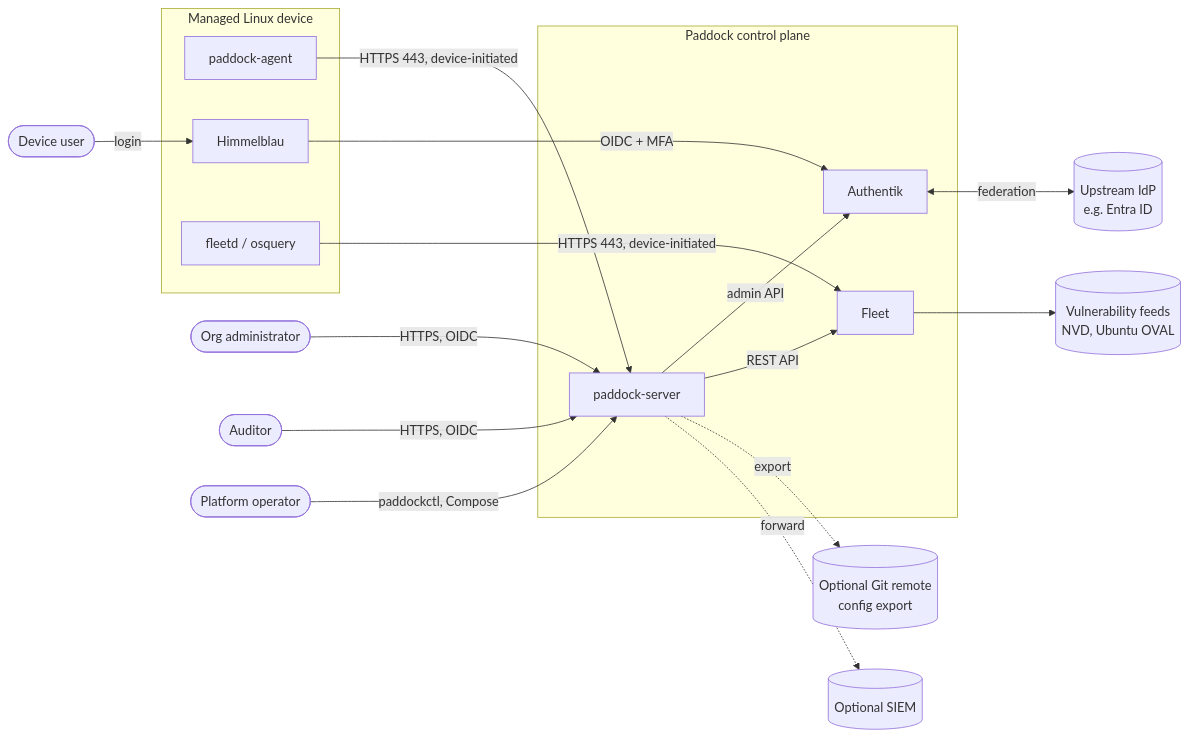
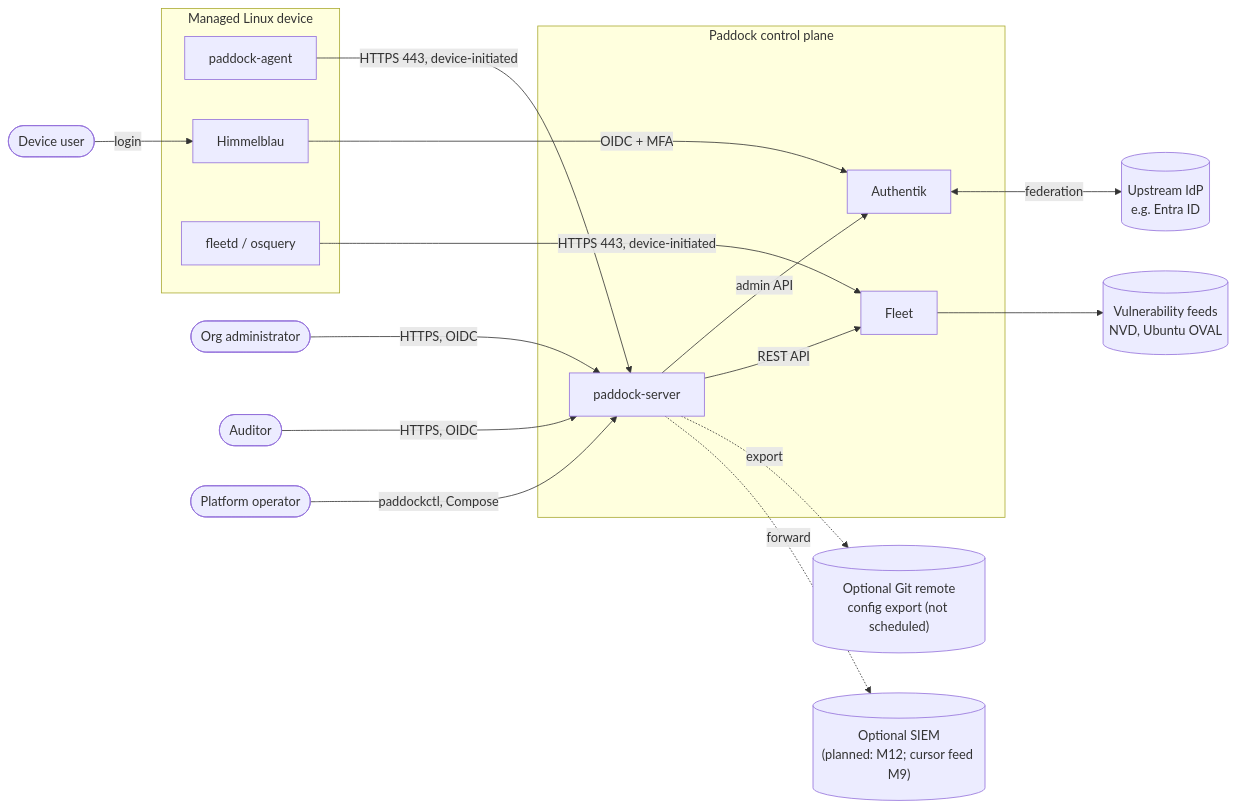
The first of 19 diagrams in docs/architecture.md (phischl/paddock-mdm), drawn with Mermaid before and after one commit. The commit also changed other lines of this file and 5 other files, not shown here.

````diff
--- a/docs/architecture.md
+++ b/docs/architecture.md
@@ -143,38 +144,38 @@
 ```mermaid
 flowchart LR
   admin([Org administrator])
   auditor([Auditor])
   user([Device user])
   op([Platform operator])
 
   subgraph CP[Paddock control plane]
     paddock[paddock-server]
     authentik[Authentik]
     fleet[Fleet]
   end
 
   subgraph DEV[Managed Linux device]
     agent[paddock-agent]
     himmel[Himmelblau]
     fleetd[fleetd / osquery]
   end
 
   upstream[(Upstream IdP<br/>e.g. Entra ID)]
   vulndb[(Vulnerability feeds<br/>NVD, Ubuntu OVAL)]
-  git[(Optional Git remote<br/>config export)]
-  siem[(Optional SIEM)]
+  git[("Optional Git remote<br/>config export (not scheduled)")]
+  siem[("Optional SIEM<br/>(planned: M12; cursor feed M9)")]
 
   admin -->|HTTPS, OIDC| paddock
   auditor -->|HTTPS, OIDC| paddock
   op -->|paddockctl, Compose| paddock
   user -->|login| himmel
   himmel -->|OIDC + MFA| authentik
   authentik <-->|federation| upstream
   agent -->|HTTPS 443, device-initiated| paddock
   fleetd -->|HTTPS 443, device-initiated| fleet
   fleet --> vulndb
   paddock -->|admin API| authentik
   paddock -->|REST API| fleet
   paddock -.->|export| git
   paddock -.->|forward| siem
 ```
````
